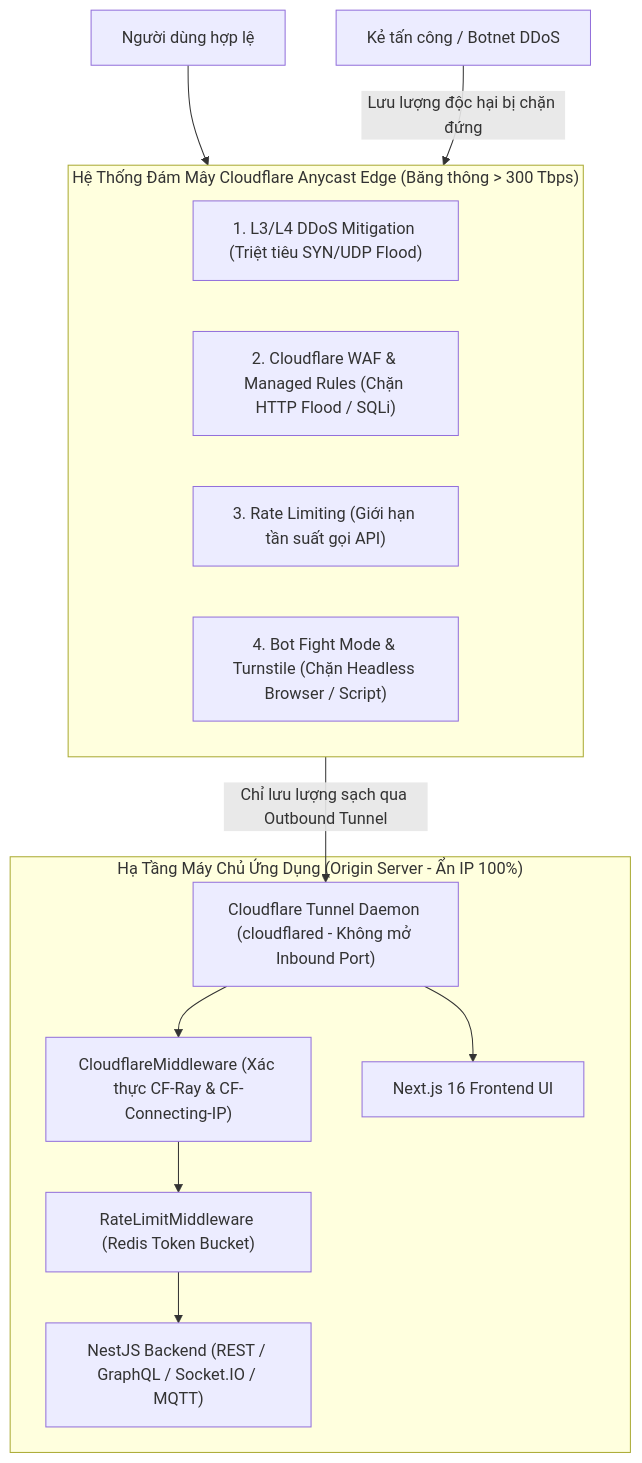
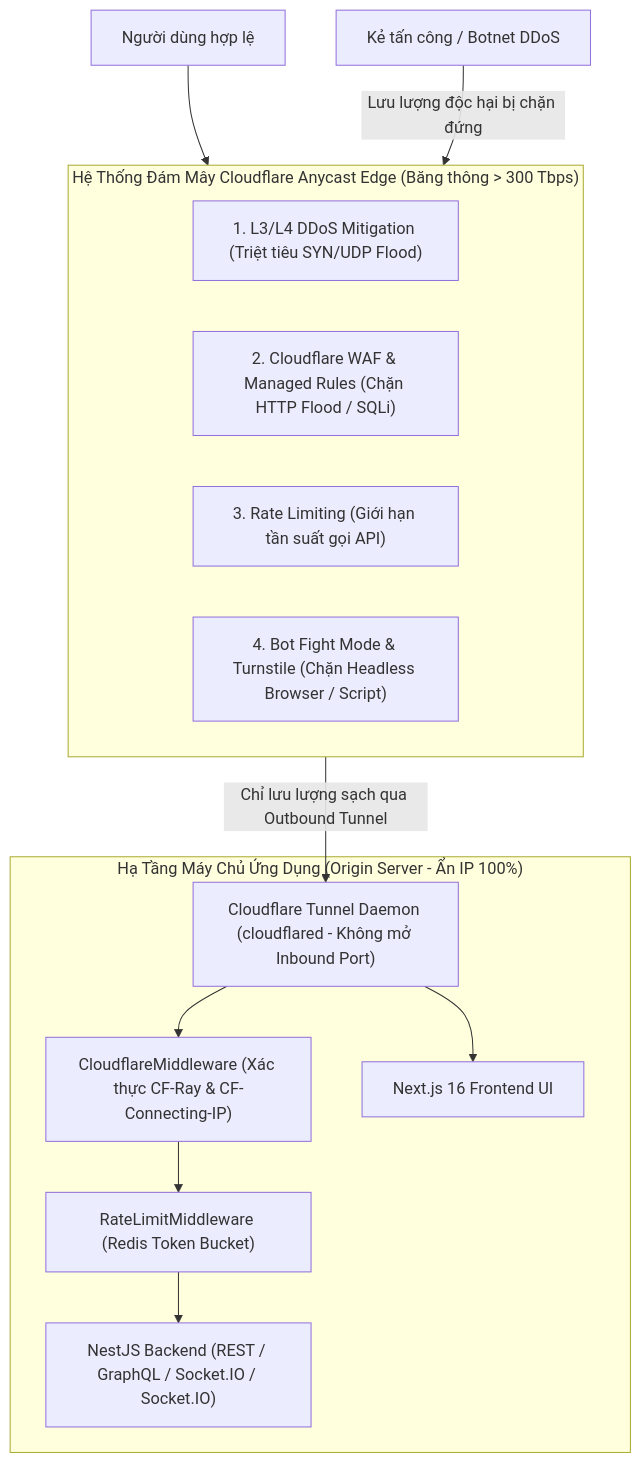
The diagram in docs/features/cloudflare-ddos-protection.md (ngocquydev/ChatApp), drawn with Mermaid before and after one commit. The commit also changed other lines of this file and 38 other files, not shown here.

Commit message:
feat(chat): replace MQTT with binary Socket.IO and repair calls

````diff
--- a/docs/features/cloudflare-ddos-protection.md
+++ b/docs/features/cloudflare-ddos-protection.md
@@ -30,28 +30,28 @@
 ```mermaid
 graph TD
     User["Người dùng hợp lệ"]
     Attacker["Kẻ tấn công / Botnet DDoS"]
 
     subgraph CF_EDGE ["Hệ Thống Đám Mây Cloudflare Anycast Edge (Băng thông > 300 Tbps)"]
         L34["1. L3/L4 DDoS Mitigation (Triệt tiêu SYN/UDP Flood)"]
         WAF["2. Cloudflare WAF & Managed Rules (Chặn HTTP Flood / SQLi)"]
         RATE["3. Rate Limiting (Giới hạn tần suất gọi API)"]
         BOT["4. Bot Fight Mode & Turnstile (Chặn Headless Browser / Script)"]
     end
 
     subgraph ORIGIN ["Hạ Tầng Máy Chủ Ứng Dụng (Origin Server - Ẩn IP 100%)"]
         TUNNEL["Cloudflare Tunnel Daemon (cloudflared - Không mở Inbound Port)"]
         CF_MW["CloudflareMiddleware (Xác thực CF-Ray & CF-Connecting-IP)"]
         RATE_MW["RateLimitMiddleware (Redis Token Bucket)"]
-        NEST["NestJS Backend (REST / GraphQL / Socket.IO / MQTT)"]
+        NEST["NestJS Backend (REST / GraphQL / Socket.IO / Socket.IO)"]
         NEXT["Next.js 16 Frontend UI"]
     end
 
     User --> CF_EDGE
     Attacker -->|Lưu lượng độc hại bị chặn đứng| CF_EDGE
     CF_EDGE -->|Chỉ lưu lượng sạch qua Outbound Tunnel| TUNNEL
     TUNNEL --> CF_MW
     CF_MW --> RATE_MW
     RATE_MW --> NEST
     TUNNEL --> NEXT
 ```
````
